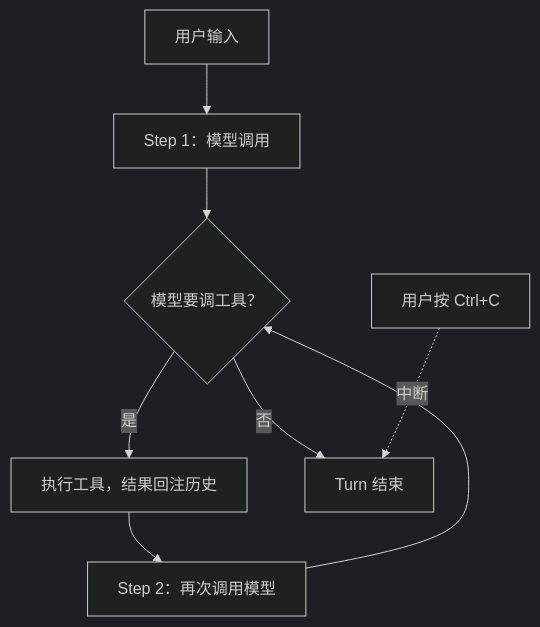
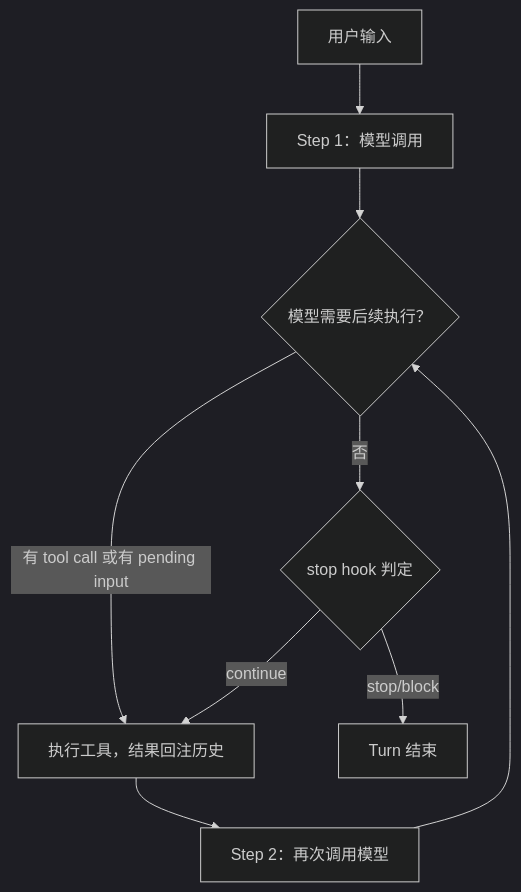
The third of 3 diagrams in website/docs/ch01-session-turn.mdx (luochang212/codex-notebook), drawn with Mermaid (dark theme) before and after one commit. The commit also changed other lines of this file and 14 other files, not shown here.

````diff
--- a/website/docs/ch01-session-turn.mdx
+++ b/website/docs/ch01-session-turn.mdx
@@ -66,10 +69,11 @@
 ```mermaid
 flowchart TD
     A["用户输入"] --> B["Step 1：模型调用"]
-    B --> C{"模型要调工具？"}
-    C -->|是| D["执行工具，结果回注历史"]
+    B --> C{"模型需要后续执行？"}
+    C -->|"有 tool call 或有 pending input"| D["执行工具，结果回注历史"]
     D --> E["Step 2：再次调用模型"]
     E --> C
-    C -->|否| F["Turn 结束"]
-    G["用户按 Ctrl+C"] -.->|"中断"| F
+    C -->|否| F{"stop hook 判定"}
+    F -->|"stop/block"| G["Turn 结束"]
+    F -->|"continue"| D
 ```
````
